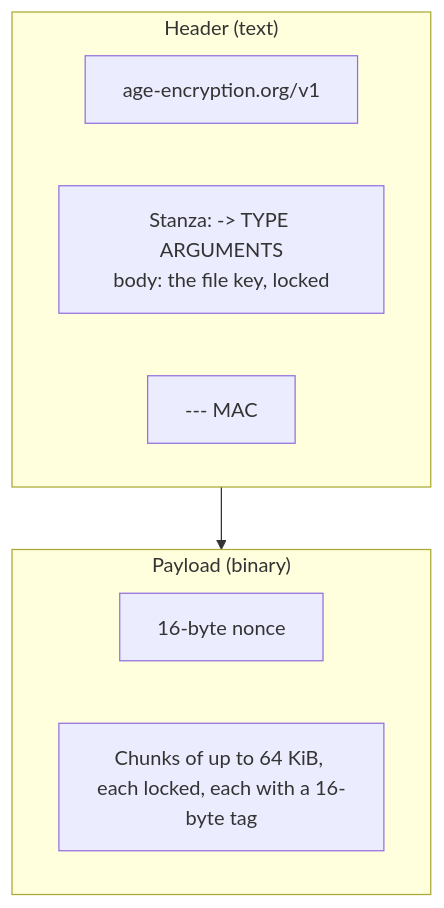
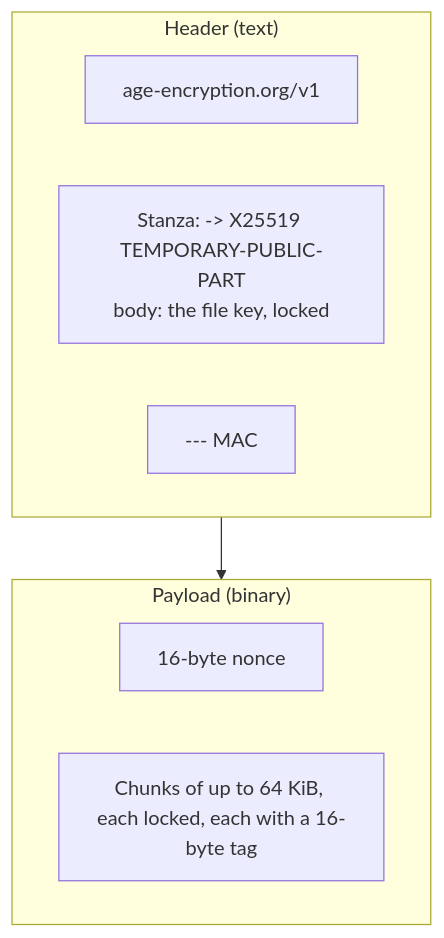
One commit to intaniger/secretbox changed the diagram in docs/technical/age-format.md. Above: the diagram before and after it, drawn with Mermaid. The commit also changed other lines of this file and 30 other files, not shown here.

````diff
--- a/docs/technical/age-format.md
+++ b/docs/technical/age-format.md
@@ -31,13 +31,13 @@
 ```mermaid
 flowchart TD
   subgraph H["Header (text)"]
     V["age-encryption.org/v1"]
-    S["Stanza: -> TYPE ARGUMENTS<br/>body: the file key, locked"]
+    S["Stanza: -> X25519 TEMPORARY-PUBLIC-PART<br/>body: the file key, locked"]
     M["--- MAC"]
   end
   subgraph P["Payload (binary)"]
     N["16-byte nonce"]
     C["Chunks of up to 64 KiB, each locked, each with a 16-byte tag"]
   end
   H --> P
 ```
````
